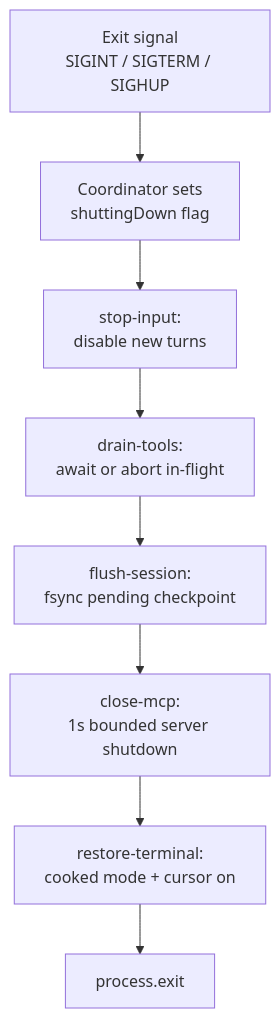
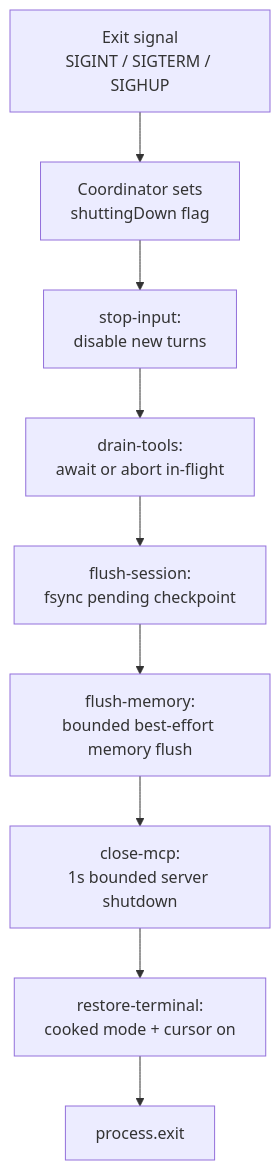
One commit to heyalmeida/emile-cli changed the first of 2 diagrams in features/session-lifecycle.md. Above: the diagram before and after it, drawn with Mermaid. The commit also changed other lines of this file and 7 other files, not shown here.

First line of the commit message:
docs(architecture): align MCP tool naming and recovery wording to shipped code (P2-11)

````diff
--- a/features/session-lifecycle.md
+++ b/features/session-lifecycle.md
@@ -19,10 +19,11 @@
 ```mermaid
 flowchart TD
     A["Exit signal<br/>SIGINT / SIGTERM / SIGHUP"] --> B["Coordinator sets<br/>shuttingDown flag"]
     B --> C["stop-input:<br/>disable new turns"]
     C --> D["drain-tools:<br/>await or abort in-flight"]
     D --> E["flush-session:<br/>fsync pending checkpoint"]
-    E --> F["close-mcp:<br/>1s bounded server shutdown"]
+    E --> FM["flush-memory:<br/>bounded best-effort memory flush"]
+    FM --> F["close-mcp:<br/>1s bounded server shutdown"]
     F --> G["restore-terminal:<br/>cooked mode + cursor on"]
     G --> H["process.exit"]
 ```
````
